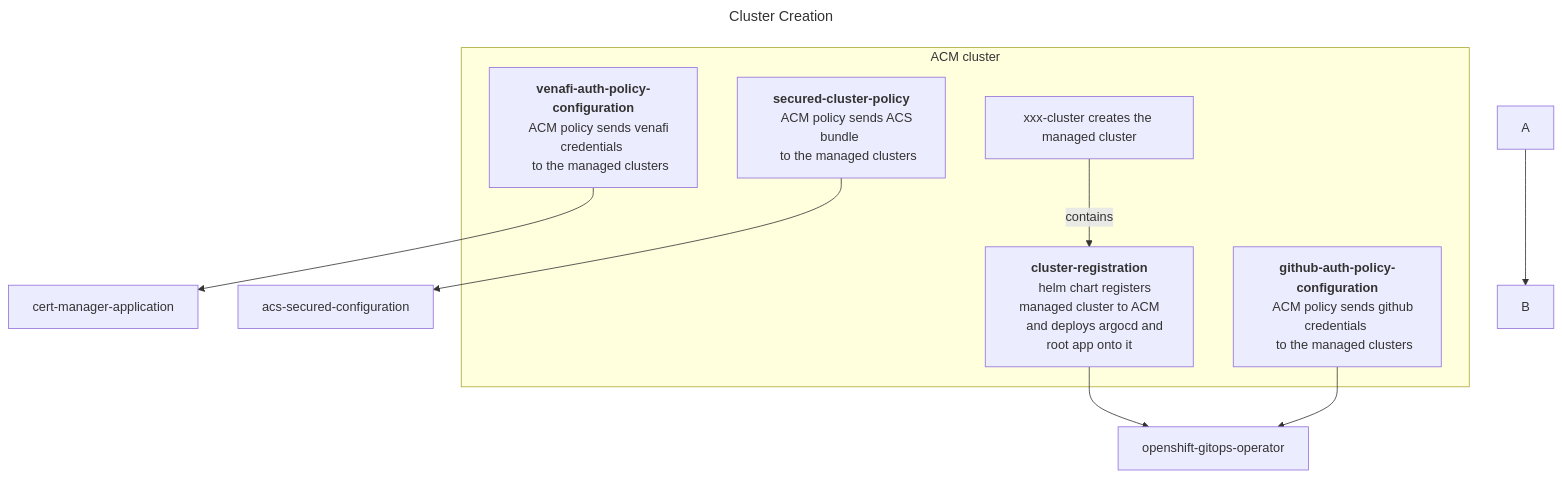
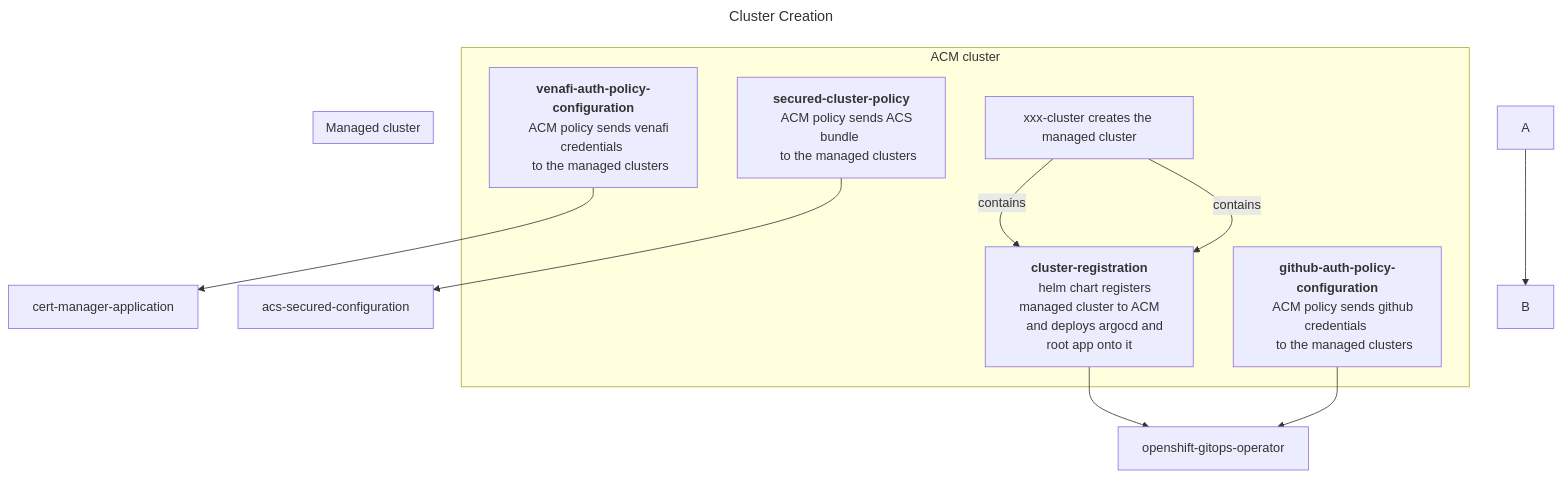
Before and after one commit to mmwillingham/acm: the diagram in test-mermaid/test-mermaid.build.md, drawn with Mermaid.

````diff
--- a/test-mermaid/test-mermaid.build.md
+++ b/test-mermaid/test-mermaid.build.md
@@ -2,25 +2,30 @@
 ```mermaid
 ---
 title: Cluster Creation
 ---
 flowchart TD
 A --> B
 venafi-auth-policy-configuration --> cert-manager-application
 cluster-registration --> openshift-gitops-operator
 github-auth-policy-configuration --> openshift-gitops-operator
 secured-cluster-policy --> acs-secured-configuration
-  subgraph ACM cluster
+subgraph ACM cluster
     xxx-cluster["xxx-cluster creates the managed cluster"] -- contains --> cluster-registration["<b>cluster-registration</b>
     helm chart registers managed cluster to ACM
     and deploys argocd and root app onto it"]
     venafi-auth-policy-configuration["<b>venafi-auth-policy-configuration</b>
     ACM policy sends venafi credentials 
     to the managed clusters"]
     github-auth-policy-configuration["<b>github-auth-policy-configuration</b>
     ACM policy sends github credentials 
     to the managed clusters"]
     secured-cluster-policy["<b>secured-cluster-policy</b>
     ACM policy sends ACS bundle 
     to the managed clusters"]
-  end
+end
+subgraph Managed cluster
+    xxx-cluster["xxx-cluster creates the managed cluster"] -- contains --> cluster-registration["<b>cluster-registration</b>
+    helm chart registers managed cluster to ACM
+    and deploys argocd and root app onto it"]
+end
 ```
````
